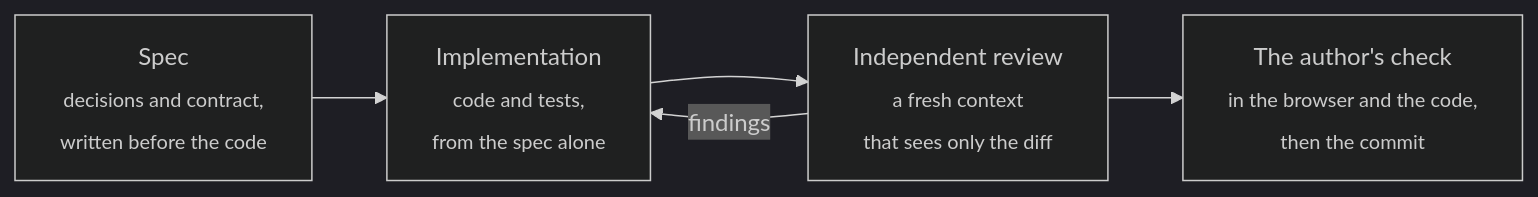
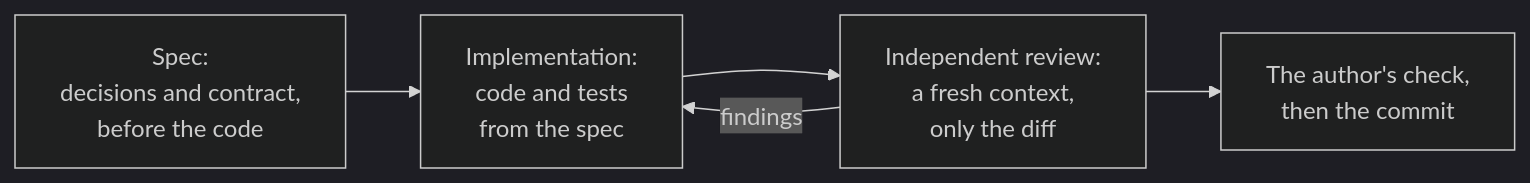
The third of 3 diagrams in README.md (bohdan-ivaniichuk/freitty-cabinet-api), drawn with Mermaid (dark theme) before and after one commit. The commit also changed other lines of this file, not shown here.

First line of the commit message:
Shorten the labels of the README's diagrams

````diff
--- a/README.md
+++ b/README.md
@@ -197,7 +197,7 @@
 ```mermaid
 flowchart LR
-    Spec["Spec<br/><sub>decisions and contract,<br/>written before the code</sub>"] --> Build["Implementation<br/><sub>code and tests,<br/>from the spec alone</sub>"]
-    Build --> Review["Independent review<br/><sub>a fresh context<br/>that sees only the diff</sub>"]
-    Review --> Check["The author's check<br/><sub>in the browser and the code,<br/>then the commit</sub>"]
+    Spec["Spec:<br/>decisions and contract,<br/>before the code"] --> Build["Implementation:<br/>code and tests<br/>from the spec"]
+    Build --> Review["Independent review:<br/>a fresh context,<br/>only the diff"]
+    Review --> Check["The author's check,<br/>then the commit"]
     Review -- findings --> Build
 ```
````
